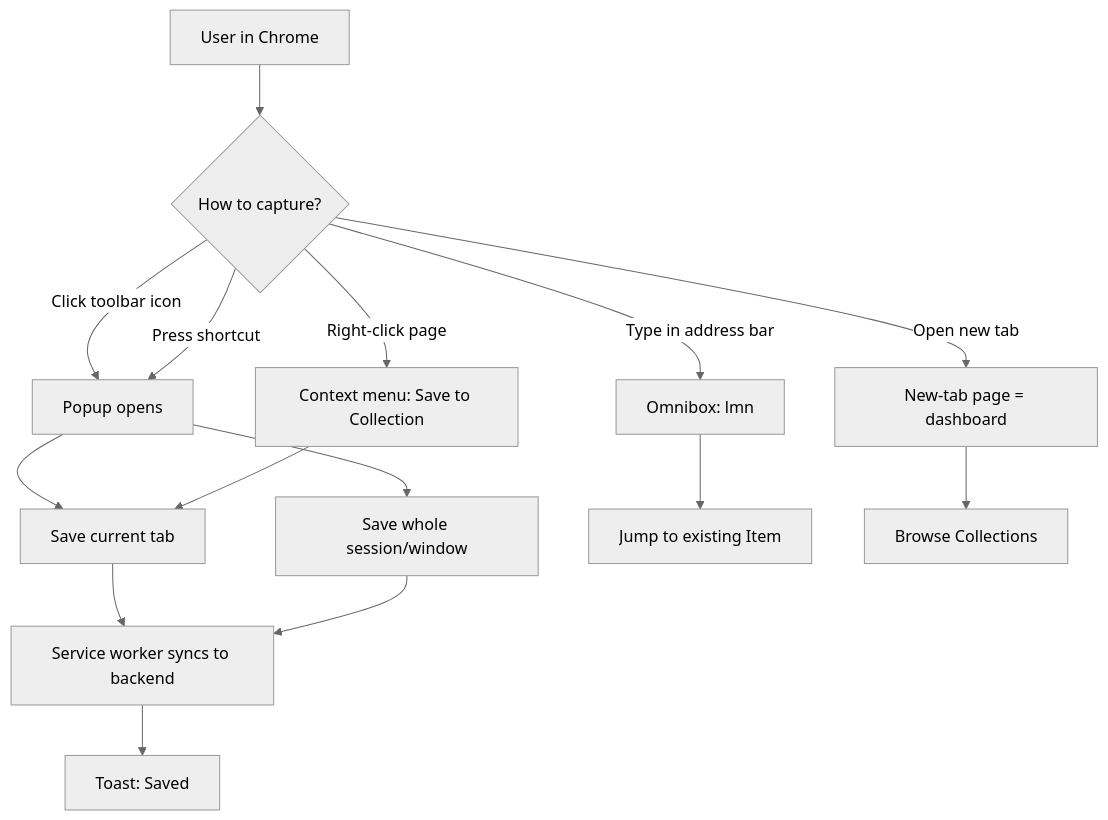
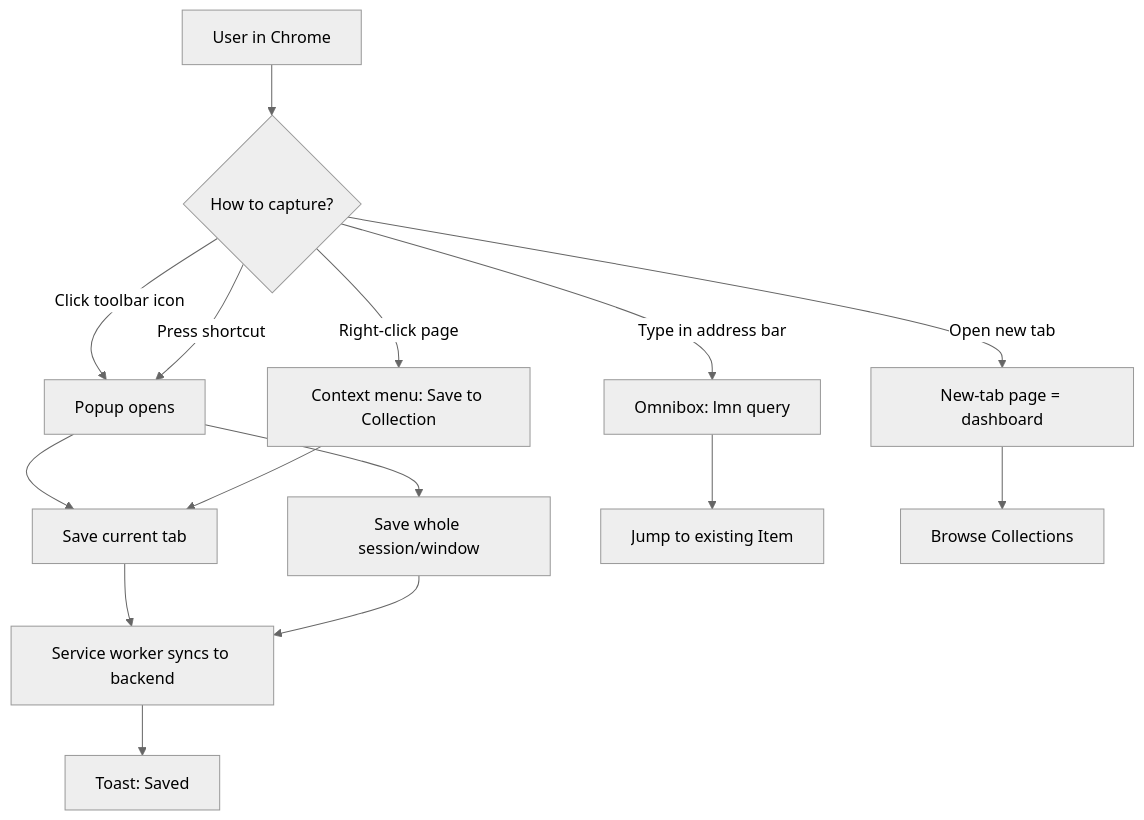
The diagram in spec/21-app/04-extension/flow-diagram.mmd (alimtvnetwork/letsmarknow-v2), drawn with Mermaid (neutral theme) before and after one commit. The commit also changed 10 other files, not shown here.

```diff
--- a/spec/21-app/04-extension/flow-diagram.mmd
+++ b/spec/21-app/04-extension/flow-diagram.mmd
@@ -1,17 +1,17 @@
 flowchart TD
     START[User in Chrome] --> CHOICE{How to capture?}
     CHOICE -->|Click toolbar icon| POPUP[Popup opens]
     CHOICE -->|Press shortcut| POPUP
-    CHOICE -->|Right-click page| CTX[Context menu: Save to Collection]
-    CHOICE -->|Type in address bar| OMNI[Omnibox: lmn <query>]
+    CHOICE -->|Right-click page| CTX["Context menu: Save to Collection"]
+    CHOICE -->|Type in address bar| OMNI["Omnibox: lmn query"]
     CHOICE -->|Open new tab| NEWTAB[New-tab page = dashboard]
 
     POPUP --> SAVE1[Save current tab]
     POPUP --> SAVE2[Save whole session/window]
     CTX --> SAVE1
     OMNI --> JUMP[Jump to existing Item]
     NEWTAB --> BROWSE[Browse Collections]
 
     SAVE1 --> SYNC[Service worker syncs to backend]
     SAVE2 --> SYNC
-    SYNC --> DONE[Toast: Saved]
+    SYNC --> DONE["Toast: Saved"]
```
